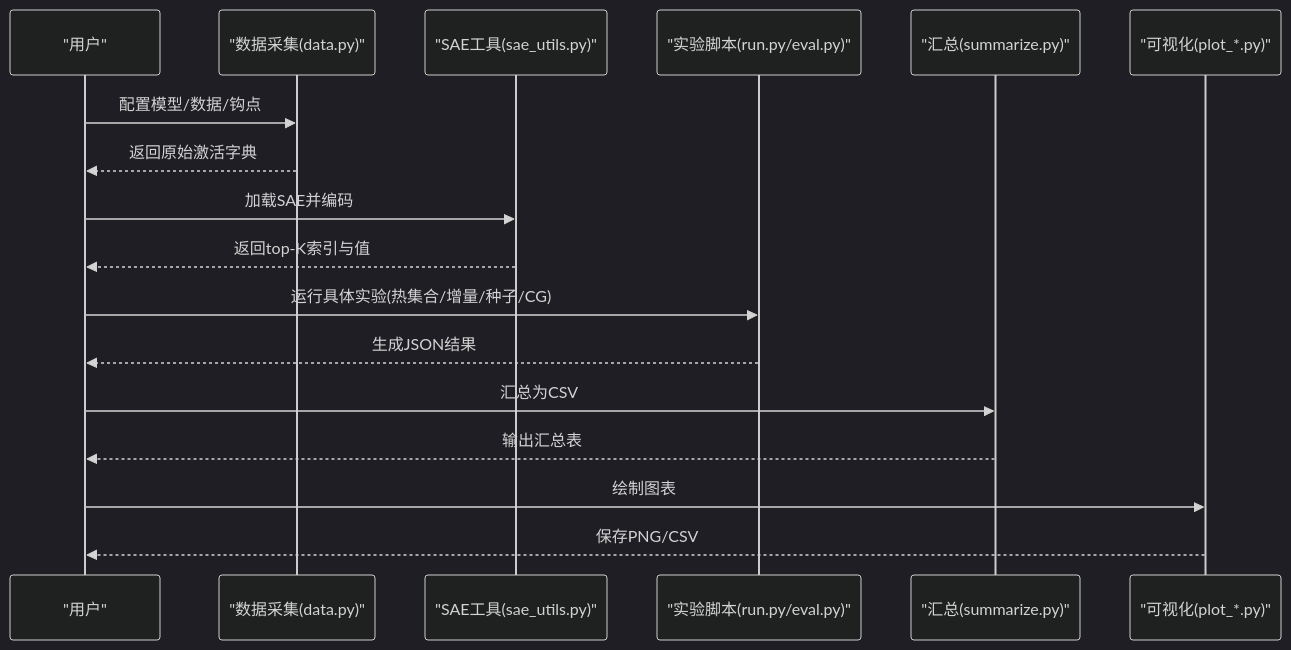
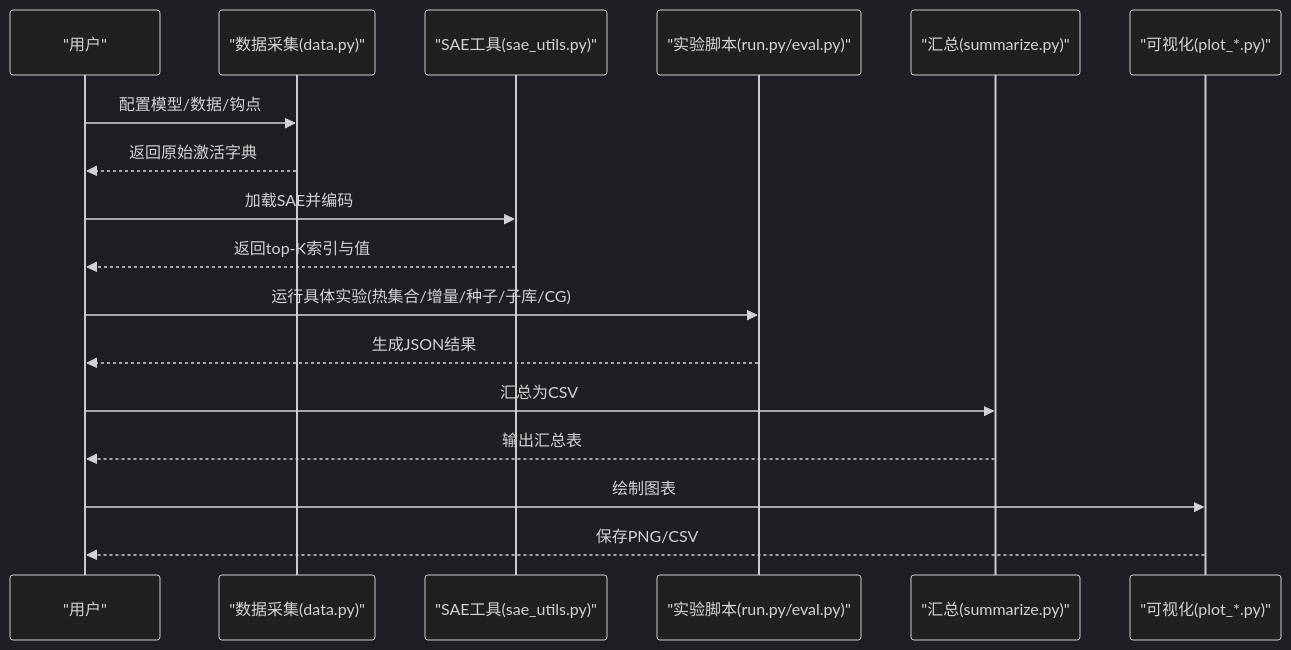
One commit to duanzhaol/sparsify changed the second of 9 diagrams in .qoder/repowiki/zh/content/实验与分析/实验与分析.md. Above: the diagram before and after it, drawn with Mermaid (dark theme). The commit also changed other lines of this file and 6 other files, not shown here.

````diff
--- a/.qoder/repowiki/zh/content/实验与分析/实验与分析.md
+++ b/.qoder/repowiki/zh/content/实验与分析/实验与分析.md
@@ -158,19 +178,19 @@
 ```mermaid
 sequenceDiagram
 participant U as "用户"
 participant DC as "数据采集(data.py)"
 participant SU as "SAE工具(sae_utils.py)"
 participant EX as "实验脚本(run.py/eval.py)"
 participant VZ as "汇总(summarize.py)"
 participant VP as "可视化(plot_*.py)"
 U->>DC : 配置模型/数据/钩点
 DC-->>U : 返回原始激活字典
 U->>SU : 加载SAE并编码
 SU-->>U : 返回top-K索引与值
-U->>EX : 运行具体实验(热集合/增量/种子/CG)
+U->>EX : 运行具体实验(热集合/增量/种子/子库/CG)
 EX-->>U : 生成JSON结果
 U->>VZ : 汇总为CSV
 VZ-->>U : 输出汇总表
 U->>VP : 绘制图表
 VP-->>U : 保存PNG/CSV
 ```
````
